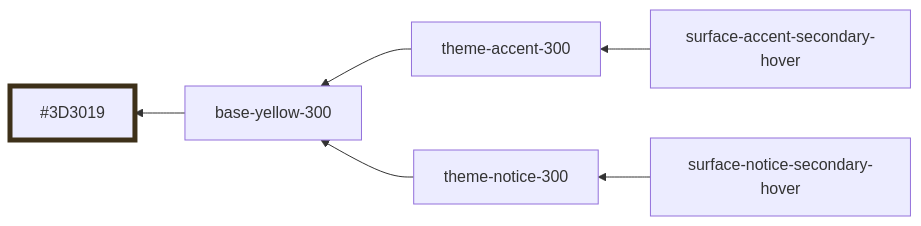
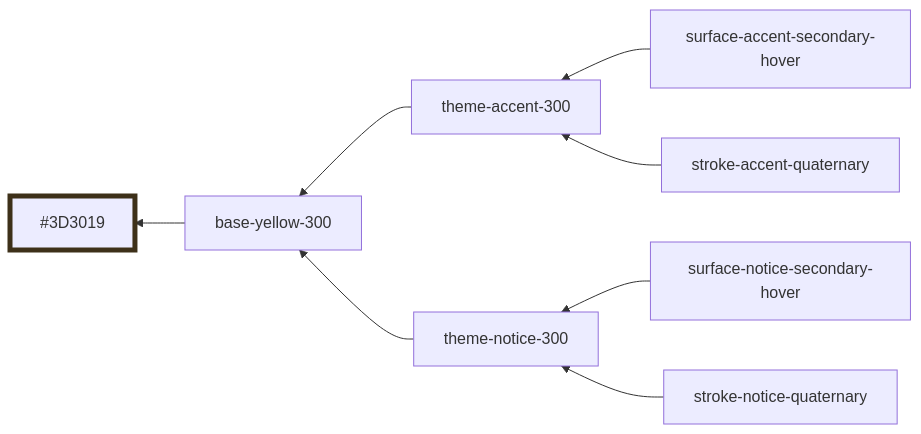
Diagram 11 of 51 in styles/dist/yellow.md (oxidecomputer/design-system), drawn with Mermaid before and after one commit. The commit also changed other lines of this file and 8 other files, not shown here.

````diff
--- a/styles/dist/yellow.md
+++ b/styles/dist/yellow.md
@@ -120,10 +121,12 @@
 ```mermaid
 graph RL
   base-yellow-300 --> #3D3019:::base-yellow-300
   surface-accent-secondary-hover --> theme-accent-300
   surface-notice-secondary-hover --> theme-notice-300
+  stroke-accent-quaternary --> theme-accent-300
+  stroke-notice-quaternary --> theme-notice-300
   theme-accent-300 --> base-yellow-300
   theme-notice-300 --> base-yellow-300
 
 	classDef base-yellow-300 stroke-width:5,stroke:#3D3019
 ```
````
